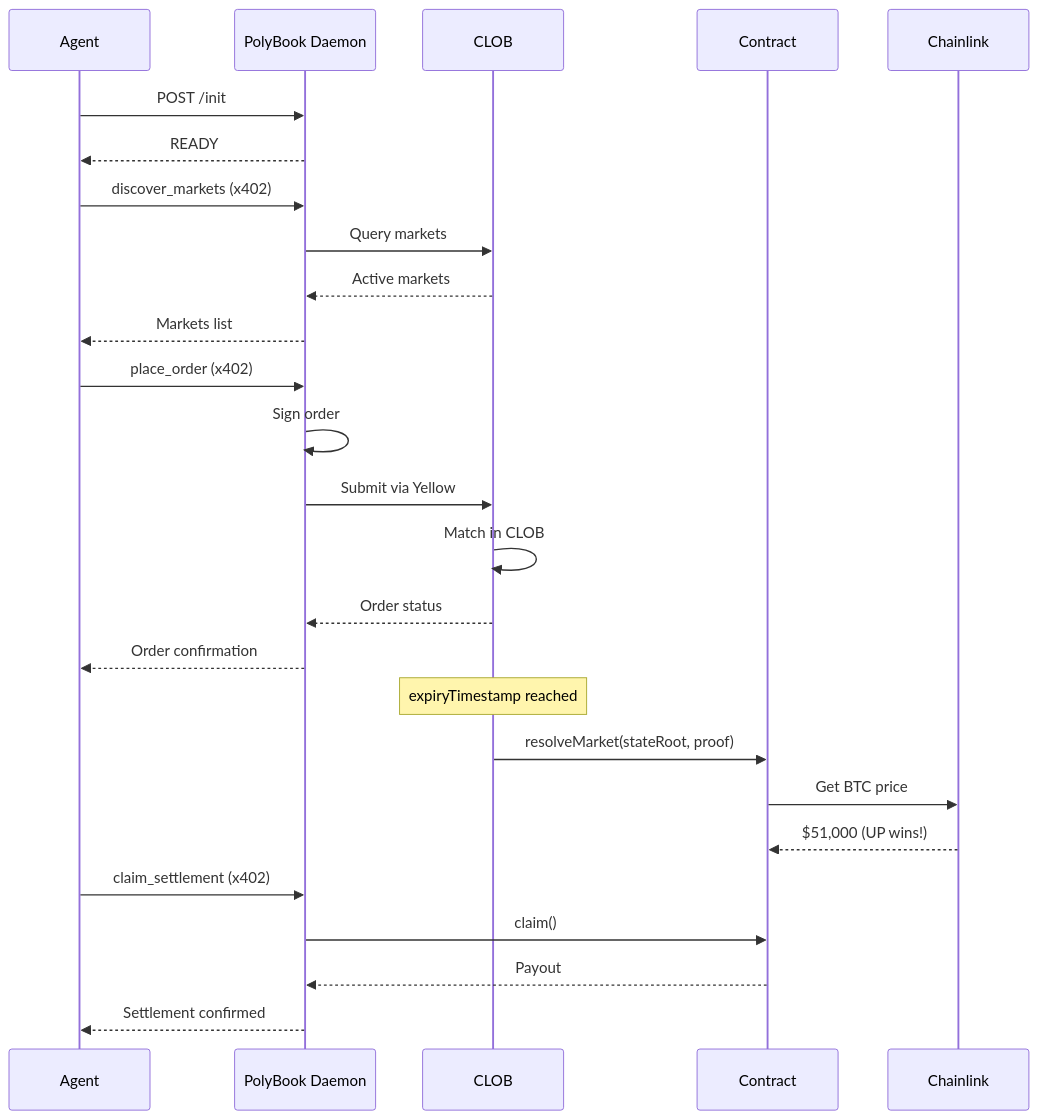
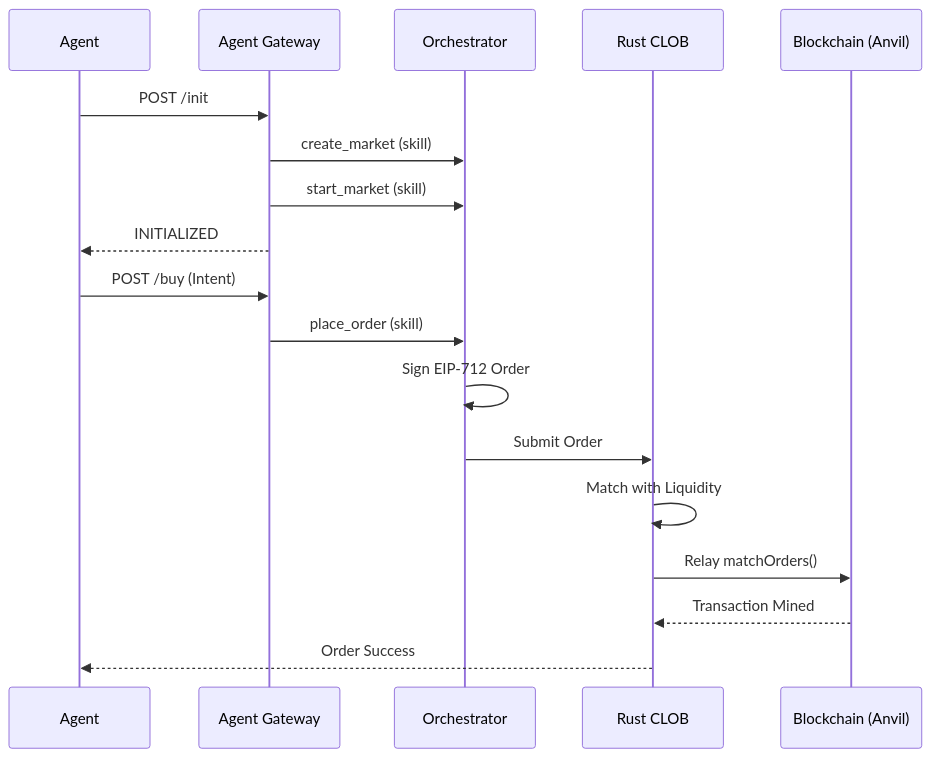
Before and after one commit to sanchaymittal/polybook: the diagram in README.md, drawn with Mermaid. The commit also changed other lines of this file and 34 other files, not shown here.

````diff
--- a/README.md
+++ b/README.md
@@ -177,34 +162,22 @@
 ```mermaid
 sequenceDiagram
     participant Agent
-    participant Daemon as PolyBook Daemon
-    participant CLOB
-    participant Contract
-    participant Chainlink
+    participant Gateway as Agent Gateway
+    participant Orch as Orchestrator
+    participant CLOB as Rust CLOB
+    participant Chain as Blockchain (Anvil)
 
-    Agent->>Daemon: POST /init
-    Daemon-->>Agent: READY
+    Agent->>Gateway: POST /init
+    Gateway->>Orch: create_market (skill)
+    Gateway->>Orch: start_market (skill)
+    Gateway-->>Agent: INITIALIZED
 
-    Agent->>Daemon: discover_markets (x402)
-    Daemon->>CLOB: Query markets
-    CLOB-->>Daemon: Active markets
-    Daemon-->>Agent: Markets list
-
-    Agent->>Daemon: place_order (x402)
-    Daemon->>Daemon: Sign order
-    Daemon->>CLOB: Submit via Yellow
-    CLOB->>CLOB: Match in CLOB
-    CLOB-->>Daemon: Order status
-    Daemon-->>Agent: Order confirmation
-
-    Note over CLOB: expiryTimestamp reached
-
-    CLOB->>Contract: resolveMarket(stateRoot, proof)
-    Contract->>Chainlink: Get BTC price
-    Chainlink-->>Contract: $51,000 (UP wins!)
-
-    Agent->>Daemon: claim_settlement (x402)
-    Daemon->>Contract: claim()
-    Contract-->>Daemon: Payout
-    Daemon-->>Agent: Settlement confirmed
+    Agent->>Gateway: POST /buy (Intent)
+    Gateway->>Orch: place_order (skill)
+    Orch->>Orch: Sign EIP-712 Order
+    Orch->>CLOB: Submit Order
+    CLOB->>CLOB: Match with Liquidity
+    CLOB->>Chain: Relay matchOrders()
+    Chain-->>CLOB: Transaction Mined
+    CLOB-->>Agent: Order Success
 ```
````
